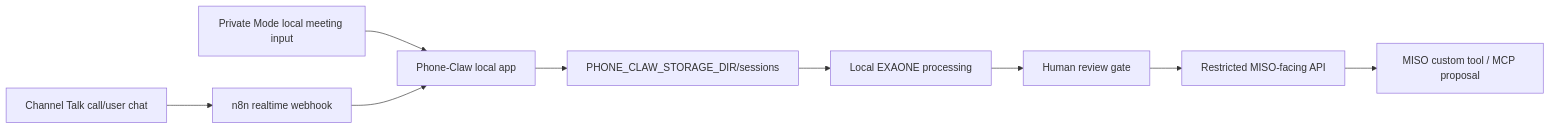
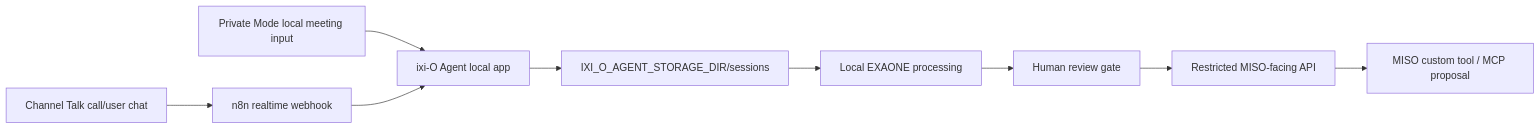
One commit to man2service/ixi-o-agent changed the diagram in docs/submission-pack.md. Above: the diagram before and after it, drawn with Mermaid. The commit also changed other lines of this file and 78 other files, not shown here.

Commit message:
Rename project to ixi-O Agent

````diff
--- a/docs/submission-pack.md
+++ b/docs/submission-pack.md
@@ -36,11 +36,11 @@
 ```mermaid
 flowchart LR
   A["Channel Talk call/user chat"] --> B["n8n realtime webhook"]
-  C["Private Mode local meeting input"] --> D["Phone-Claw local app"]
+  C["Private Mode local meeting input"] --> D["ixi-O Agent local app"]
   B --> D
-  D --> E["PHONE_CLAW_STORAGE_DIR/sessions"]
+  D --> E["IXI_O_AGENT_STORAGE_DIR/sessions"]
   E --> F["Local EXAONE processing"]
   F --> G["Human review gate"]
   G --> H["Restricted MISO-facing API"]
   H --> I["MISO custom tool / MCP proposal"]
 ```
````
